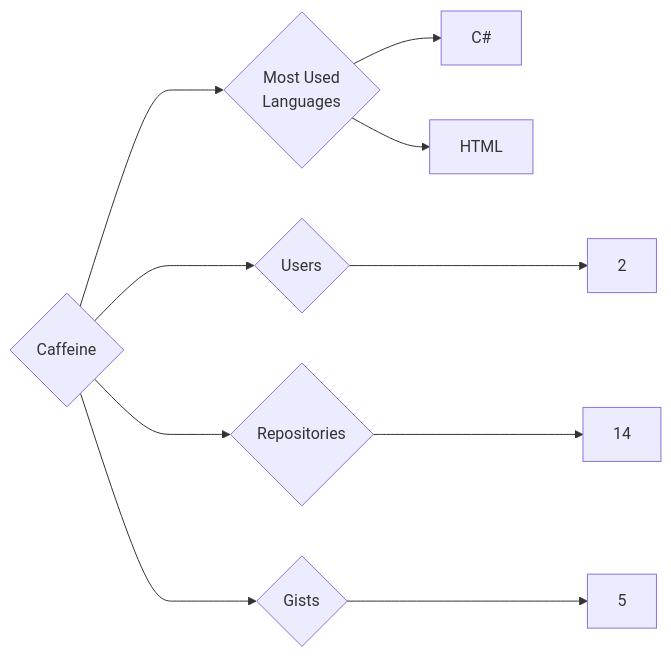
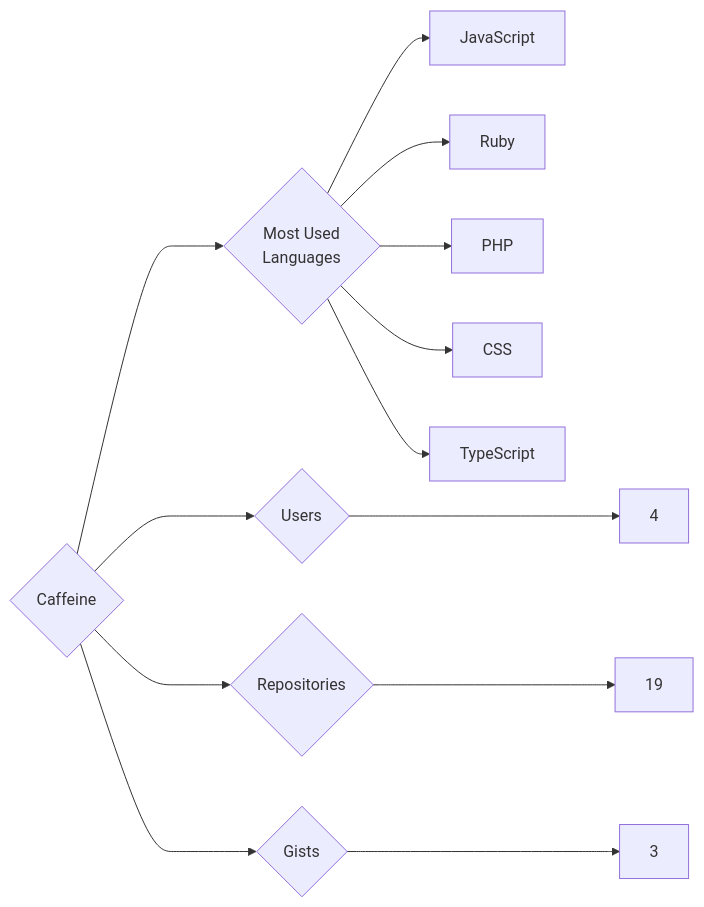
The diagram in targets/Caffeine/README.md (trickest/insiders), drawn with Mermaid before and after one commit. The commit also changed 840 other files, not shown here.

````diff
--- a/targets/Caffeine/README.md
+++ b/targets/Caffeine/README.md
@@ -3,10 +3,13 @@
 ```mermaid
 graph LR
 COMPANY_NAME{Caffeine}
-COMPANY_NAME ---> U{Users} ---> UN[2]
-COMPANY_NAME ---> R{Repositories} ---> RN[14]
-COMPANY_NAME ---> G{Gists} ---> GN[5]
+COMPANY_NAME ---> U{Users} ---> UN[4]
+COMPANY_NAME ---> R{Repositories} ---> RN[19]
+COMPANY_NAME ---> G{Gists} ---> GN[3]
 COMPANY_NAME ---> ML{Most Used<br>Languages}
-ML --> C#[C#]
-ML --> HTML[HTML]
+ML --> JavaScript[JavaScript]
+ML --> Ruby[Ruby]
+ML --> PHP[PHP]
+ML --> CSS[CSS]
+ML --> TypeScript[TypeScript]
 ```
````
